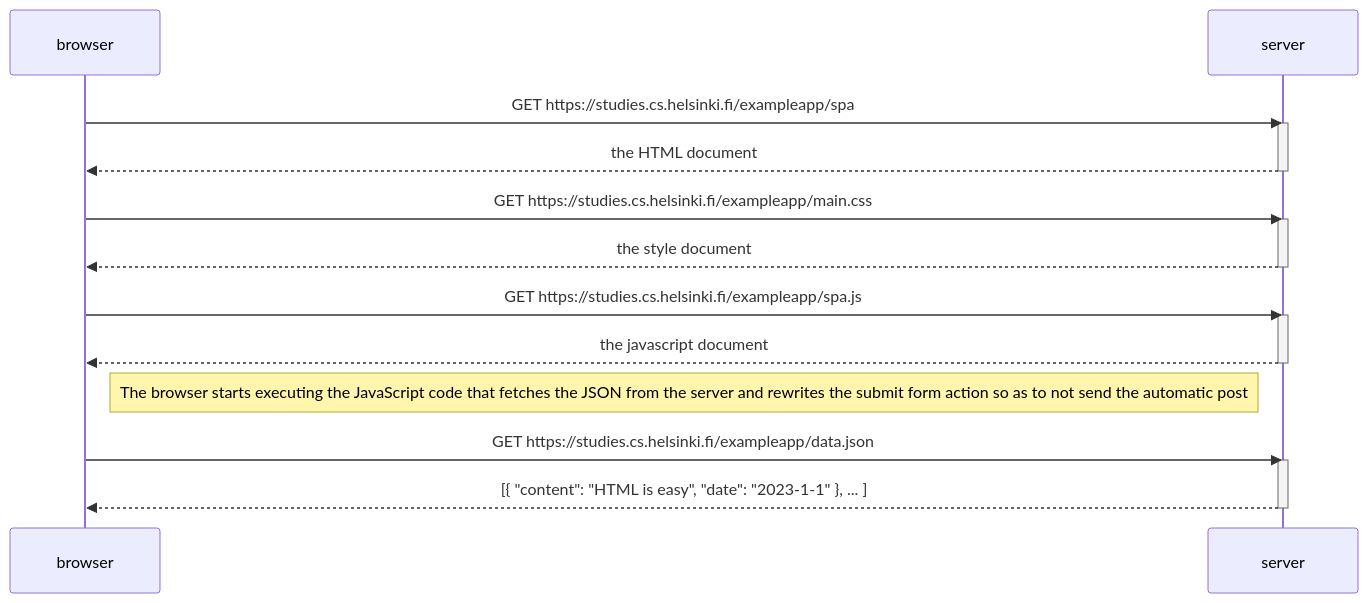
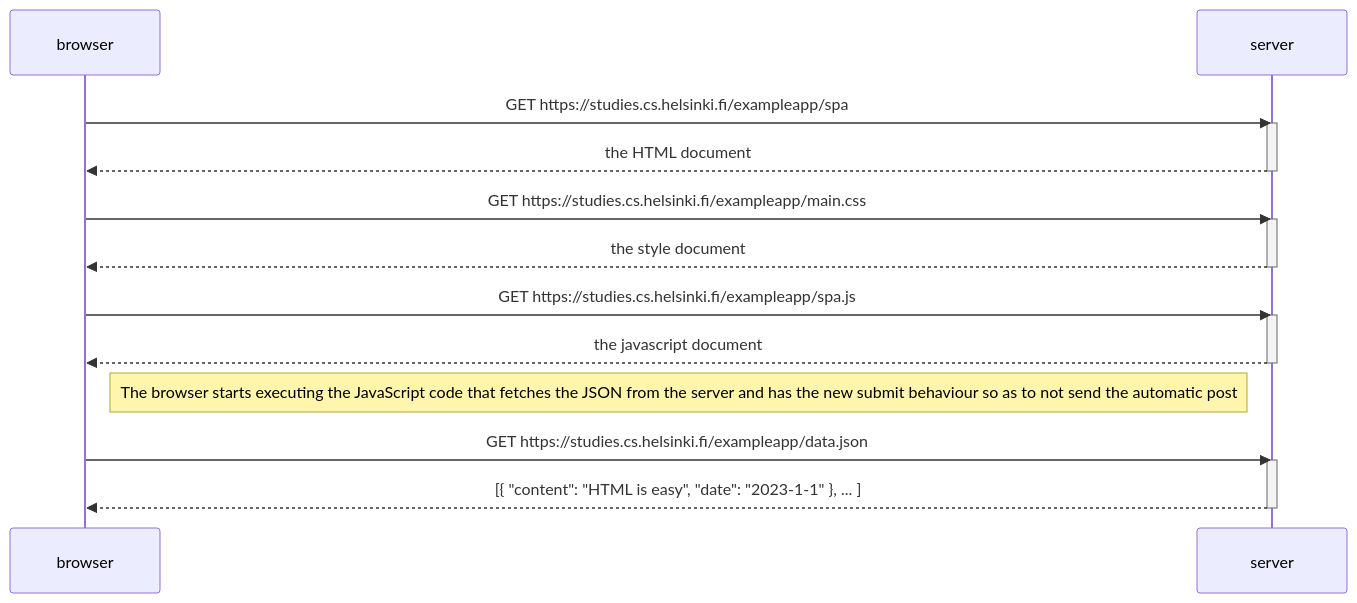
The diagram in part0/ex5.md (ElenaCM-0/FUSTA), drawn with Mermaid before and after one commit.

Commit message:
Being more precise

````diff
--- a/part0/ex5.md
+++ b/part0/ex5.md
@@ -1,28 +1,28 @@
 ```mermaid
 sequenceDiagram
 
 participant browser
 participant server
 
 browser->>server: GET https://studies.cs.helsinki.fi/exampleapp/spa
 activate server
 server-->>browser: the HTML document
 deactivate server
 
 browser->>server: GET https://studies.cs.helsinki.fi/exampleapp/main.css
 activate server
 server-->>browser: the style document
 deactivate server
 
 browser->>server: GET https://studies.cs.helsinki.fi/exampleapp/spa.js
 activate server
 server-->>browser: the javascript document
 deactivate server
-Note right of browser: The browser starts executing the JavaScript code that fetches the JSON from the server and rewrites the submit form action so as to not send the automatic post
+Note right of browser: The browser starts executing the JavaScript code that fetches the JSON from the server and has the new submit behaviour so as to not send the automatic post
 
 browser->>server: GET https://studies.cs.helsinki.fi/exampleapp/data.json
 activate server
 server-->>browser: [{ "content": "HTML is easy", "date": "2023-1-1" }, ... ]
 deactivate server
 
 ```
````
